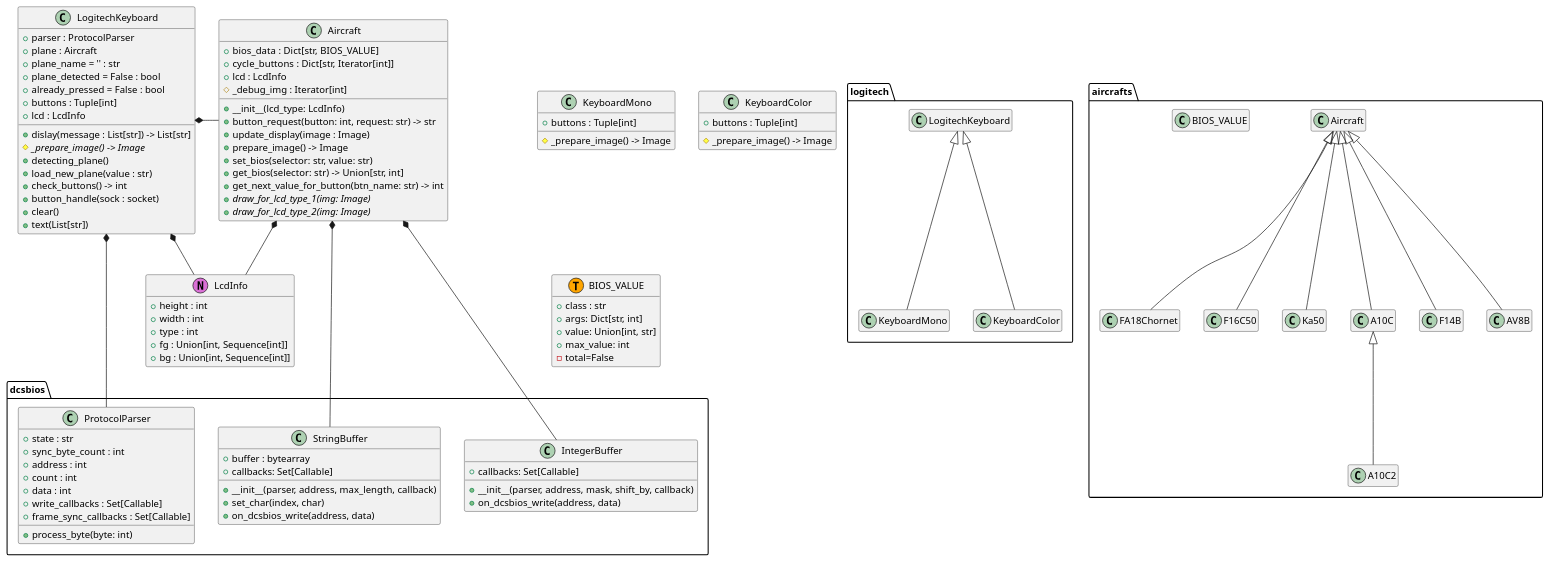
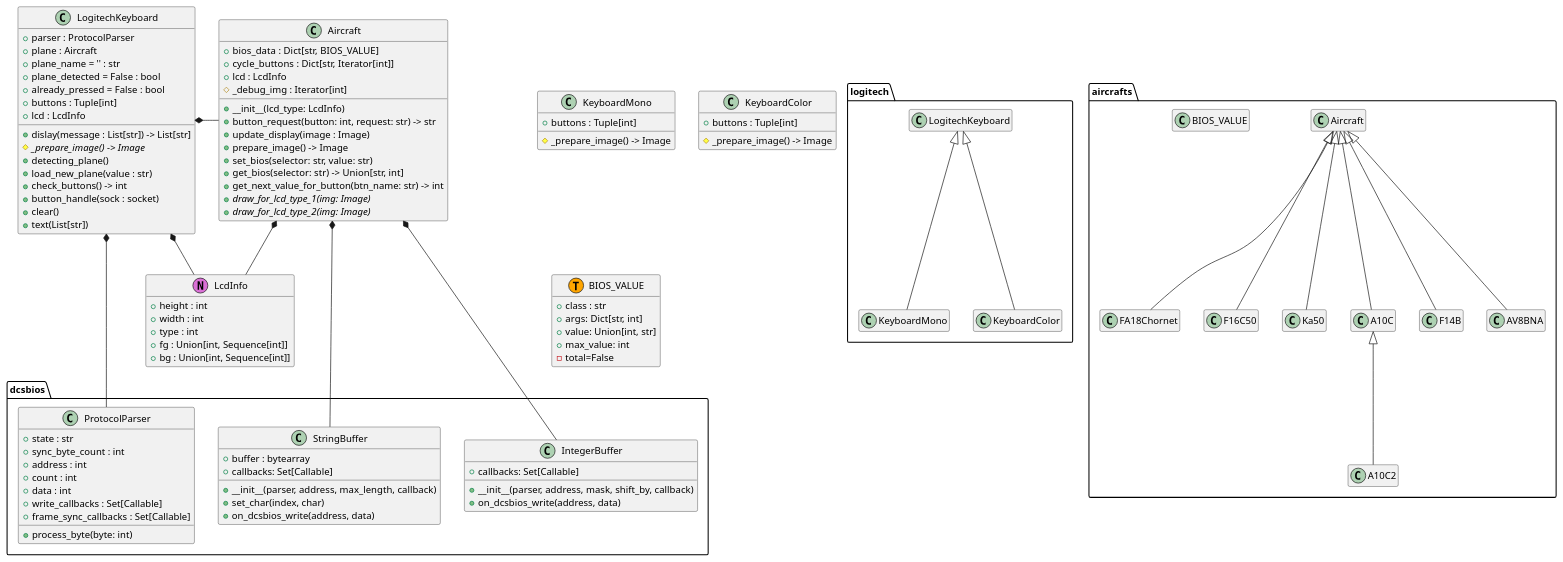
Before and after one commit to emcek/dcspy: the diagram in uml/classes.puml, drawn with PlantUML.

Commit message:
fix Harrier name in UML

```diff
--- a/uml/classes.puml
+++ b/uml/classes.puml
@@ -1,114 +1,114 @@
 @startuml
 hide empty members
 
 package dcsbios {
     class ProtocolParser {
         + state : str
         + sync_byte_count : int
         + address : int
         + count : int
         + data : int
         + write_callbacks : Set[Callable]
         + frame_sync_callbacks : Set[Callable]
         + process_byte(byte: int)
     }
 
     class StringBuffer {
         + buffer : bytearray
         + callbacks: Set[Callable]
         + __init__(parser, address, max_length, callback)
         + set_char(index, char)
         + on_dcsbios_write(address, data)
     }
 
     class IntegerBuffer {
         + callbacks: Set[Callable]
         + __init__(parser, address, mask, shift_by, callback)
         + on_dcsbios_write(address, data)
     }
 }
 
 package logitech {
     LogitechKeyboard <|-- KeyboardMono
     LogitechKeyboard <|-- KeyboardColor
 }
 
 class LogitechKeyboard {
     + parser : ProtocolParser
     + plane : Aircraft
     + plane_name = '' : str
     + plane_detected = False : bool
     + already_pressed = False : bool
     + buttons : Tuple[int]
     + lcd : LcdInfo
     + dislay(message : List[str]) -> List[str]
     # {abstract} _prepare_image() -> Image
     + detecting_plane()
     + load_new_plane(value : str)
     + check_buttons() -> int
     + button_handle(sock : socket)
     + clear()
     + text(List[str])
 }
 
 class KeyboardMono {
     + buttons : Tuple[int]
     # _prepare_image() -> Image
 }
 
 class KeyboardColor {
     + buttons : Tuple[int]
     # _prepare_image() -> Image
 }
 
 
 package aircrafts {
   Aircraft <|-- FA18Chornet
   Aircraft <|-- F16C50
   Aircraft <|-- Ka50
   Aircraft <|-- A10C
   A10C <|-- A10C2
   Aircraft <|-- F14B
-  Aircraft <|-- AV8B
+  Aircraft <|-- AV8BNA
   class BIOS_VALUE
 }
 
 class Aircraft {
     + bios_data : Dict[str, BIOS_VALUE]
     + cycle_buttons : Dict[str, Iterator[int]]
     + lcd : LcdInfo
     # _debug_img : Iterator[int]
     + __init__(lcd_type: LcdInfo)
     + button_request(button: int, request: str) -> str
     + update_display(image : Image)
     + prepare_image() -> Image
     + set_bios(selector: str, value: str)
     + get_bios(selector: str) -> Union[str, int]
     + get_next_value_for_button(btn_name: str) -> int
     + {abstract} draw_for_lcd_type_1(img: Image)
     + {abstract} draw_for_lcd_type_2(img: Image)
 }
 
 LogitechKeyboard *- Aircraft
 LogitechKeyboard *- LcdInfo
 LogitechKeyboard *--- ProtocolParser
 Aircraft *-- LcdInfo
 Aircraft *-- StringBuffer
 Aircraft *-- IntegerBuffer
 
 class BIOS_VALUE <<(T,orange)>> {
     + class : str
     + args: Dict[str, int]
     + value: Union[int, str]
     + max_value: int
     - total=False
 }
 
 class LcdInfo <<(N,orchid)>> {
     + height : int
     + width : int
     + type : int
     + fg : Union[int, Sequence[int]]
     + bg : Union[int, Sequence[int]]
 }
 @enduml
```
